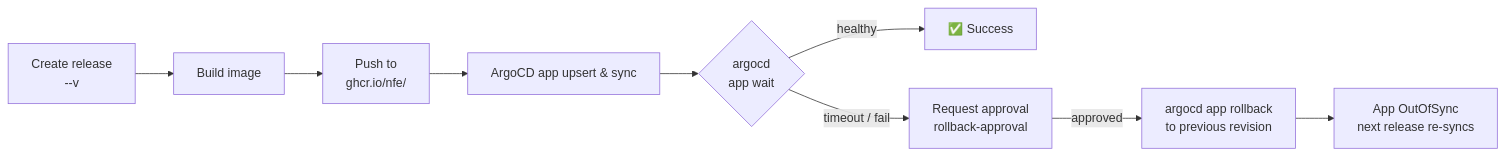
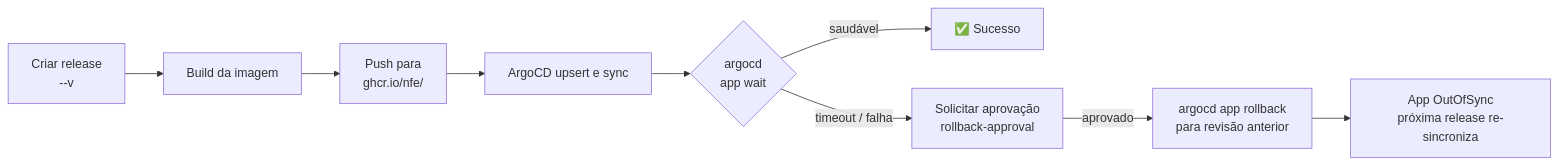
Before and after one commit to nfe/.github: the second of 3 diagrams in docs/production-repo-conventions.md, drawn with Mermaid. The commit also changed other lines of this file, not shown here.

Commit message:
docs: traduz convenções para PT-BR

````diff
--- a/docs/production-repo-conventions.md
+++ b/docs/production-repo-conventions.md
@@ -148,11 +148,11 @@
 ```mermaid
 flowchart LR
-  A[Create release<br/><product>-<type>-v<semver>] --> B[Build image]
-  B --> C[Push to<br/>ghcr.io/nfe/<repo>]
-  C --> D[ArgoCD app upsert & sync]
+  A[Criar release<br/><produto>-<tipo>-v<semver>] --> B[Build da imagem]
+  B --> C[Push para<br/>ghcr.io/nfe/<repo>]
+  C --> D[ArgoCD upsert e sync]
   D --> E{argocd<br/>app wait}
-  E -->|healthy| F[✅ Success]
-  E -->|timeout / fail| G[Request approval<br/>rollback-approval]
-  G -->|approved| H[argocd app rollback<br/>to previous revision]
-  H --> I[App OutOfSync<br/>next release re-syncs]
+  E -->|saudável| F[✅ Sucesso]
+  E -->|timeout / falha| G[Solicitar aprovação<br/>rollback-approval]
+  G -->|aprovado| H[argocd app rollback<br/>para revisão anterior]
+  H --> I[App OutOfSync<br/>próxima release re-sincroniza]
 ```
````
